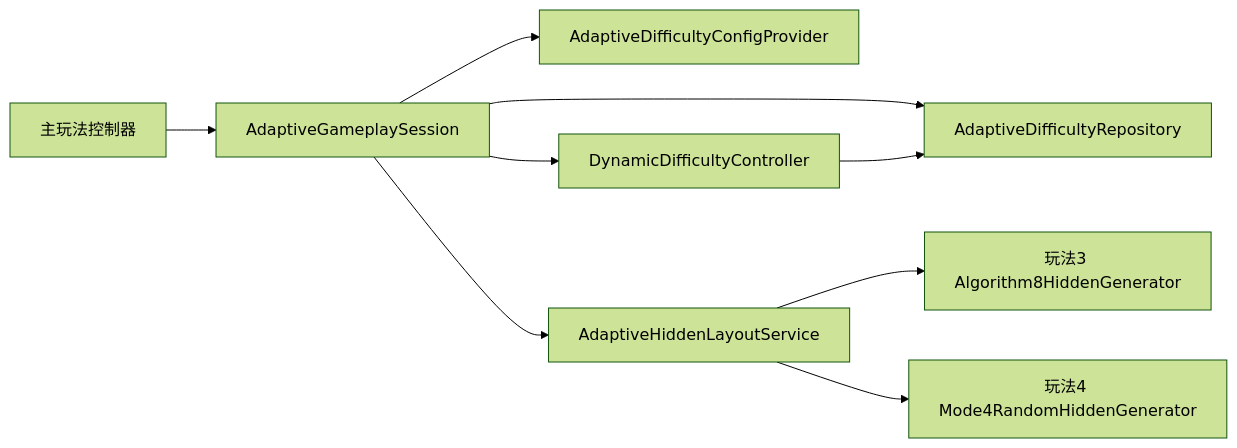
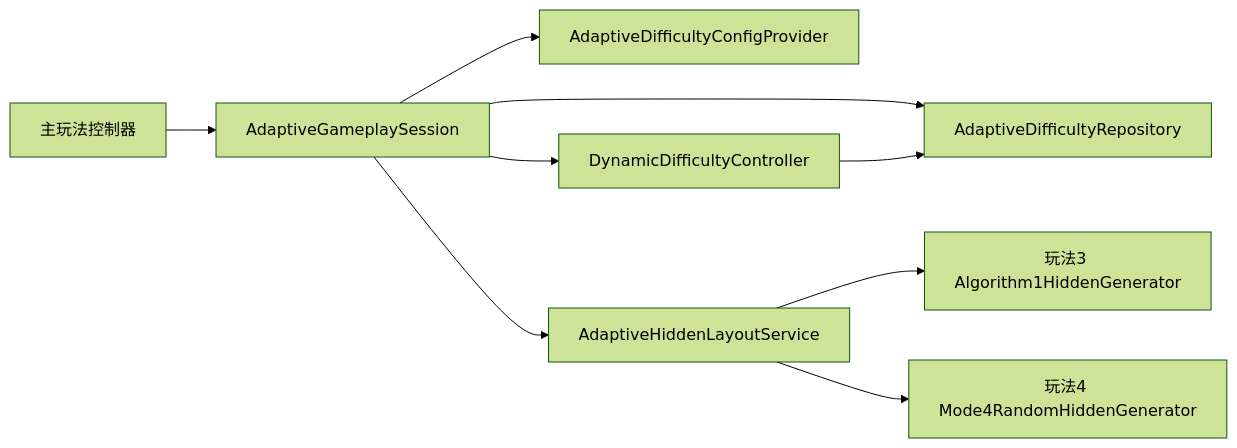
One commit to sgggom/NumberConnect changed the first of 2 diagrams in docs/gameplay3-gameplay4-implementation-handoff.md. Above: the diagram before and after it, drawn with Mermaid (forest theme). The commit also changed other lines of this file and 64 other files, not shown here.

````diff
--- a/docs/gameplay3-gameplay4-implementation-handoff.md
+++ b/docs/gameplay3-gameplay4-implementation-handoff.md
@@ -71,11 +70,11 @@
 ```mermaid
 flowchart LR
     A["主玩法控制器"] --> B["AdaptiveGameplaySession"]
     B --> C["AdaptiveDifficultyRepository"]
     B --> D["AdaptiveDifficultyConfigProvider"]
     B --> E["AdaptiveHiddenLayoutService"]
-    E --> F["玩法3 Algorithm8HiddenGenerator"]
+    E --> F["玩法3 Algorithm1HiddenGenerator"]
     E --> H["玩法4 Mode4RandomHiddenGenerator"]
     B --> G["DynamicDifficultyController"]
     G --> C
 ```
````
